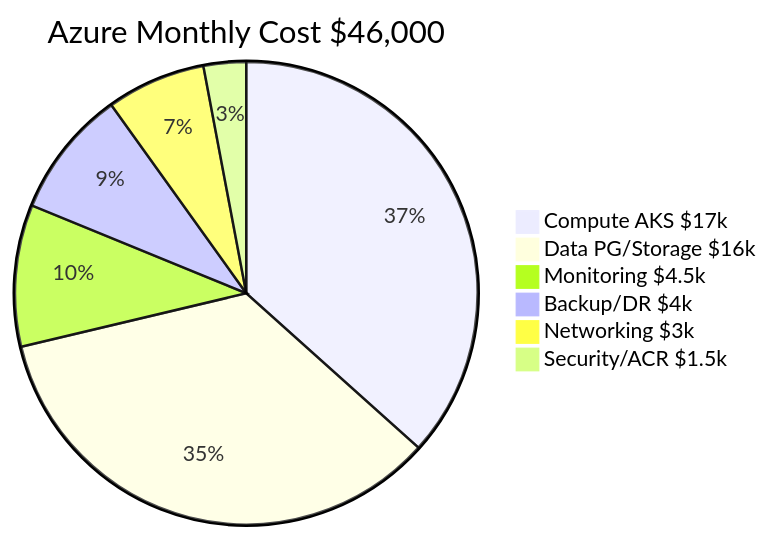
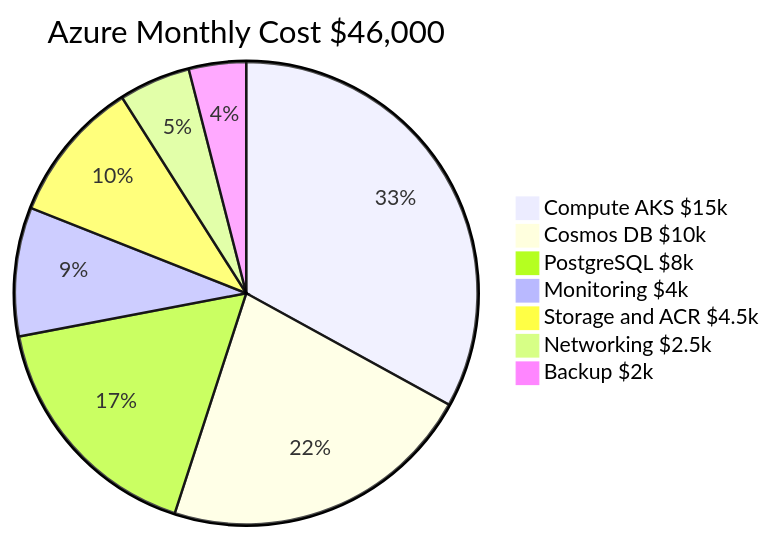
The second of 4 diagrams in docs/Volume-1-Executive-Architecture/04-Azure-Architecture-Visual.md (Shasi19/Azure-VxRail-VMware-Migration), drawn with Mermaid before and after one commit. The commit also changed other lines of this file and 7 other files, not shown here.

````diff
--- a/docs/Volume-1-Executive-Architecture/04-Azure-Architecture-Visual.md
+++ b/docs/Volume-1-Executive-Architecture/04-Azure-Architecture-Visual.md
@@ -94,9 +102,10 @@
 ```mermaid
 pie title Azure Monthly Cost $46,000
-    "Compute AKS $17k" : 37
-    "Data PG/Storage $16k" : 35
-    "Monitoring $4.5k" : 10
-    "Backup/DR $4k" : 9
-    "Networking $3k" : 7
-    "Security/ACR $1.5k" : 3
+    "Compute AKS $15k" : 33
+    "Cosmos DB $10k" : 22
+    "PostgreSQL $8k" : 17
+    "Monitoring $4k" : 9
+    "Storage and ACR $4.5k" : 10
+    "Networking $2.5k" : 5
+    "Backup $2k" : 4
 ```
````
